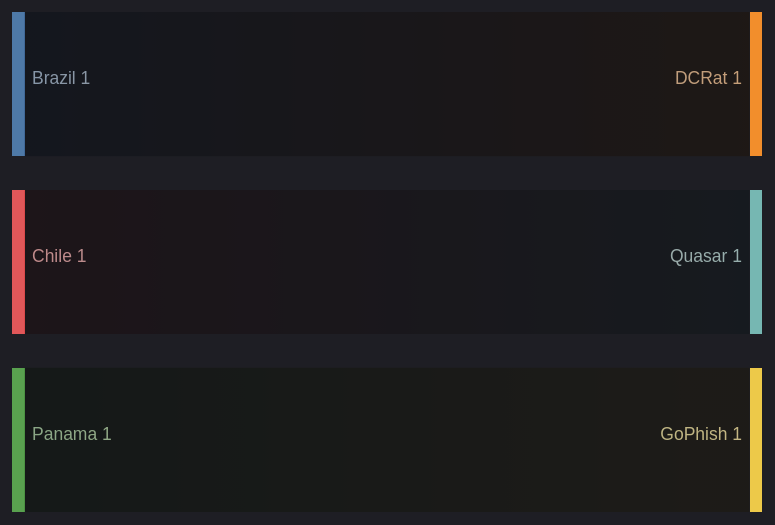
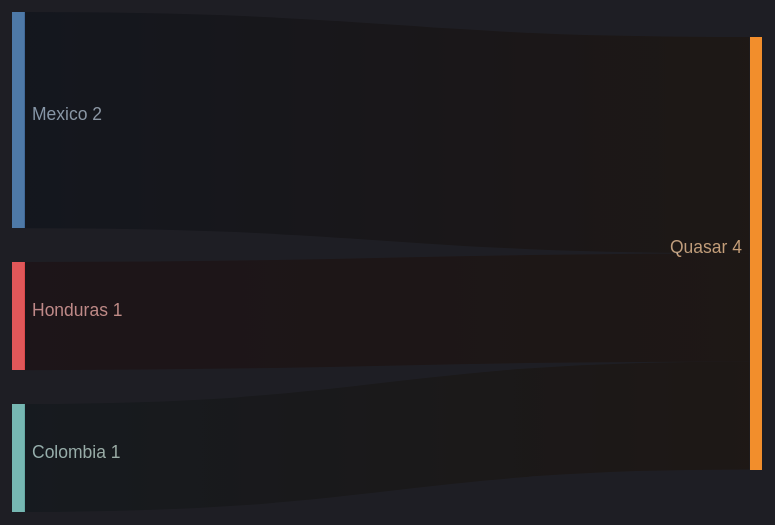
The seventh of 8 diagrams in zolim.md (ZoqueLabs/website), drawn with Mermaid before and after one commit. The commit also changed other lines of this file, not shown here.

````diff
--- a/zolim.md
+++ b/zolim.md
@@ -221,11 +221,11 @@
 ```mermaid
 ---
 config:
   theme: dark
 ---
 %% Δ Country → Threat (new edges)
 sankey-beta
-  Brazil,DCRat,1
-  Chile,Quasar,1
-  Panama,GoPhish,1
+  Mexico,Quasar,2
+  Honduras,Quasar,1
+  Colombia,Quasar,1
 ```
````
